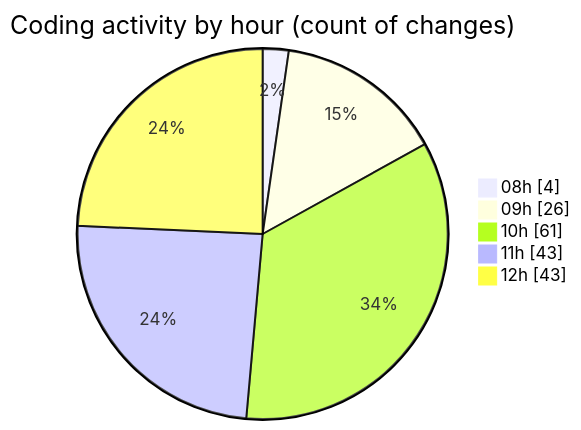
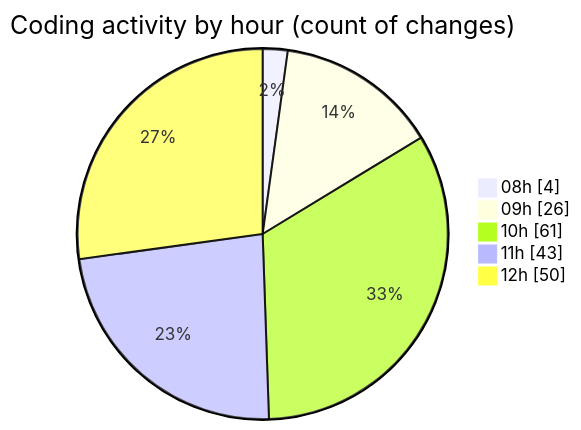
The second of 2 diagrams in 2026-02-19/bot_v1_2/README.md (becaeroporto-bot/code-tracking), drawn with Mermaid before and after one commit. The commit also changed other lines of this file and 1 other file, not shown here.

````diff
--- a/2026-02-19/bot_v1_2/README.md
+++ b/2026-02-19/bot_v1_2/README.md
@@ -37,9 +37,9 @@
 ```mermaid
 pie showData
 title Coding activity by hour (count of changes)
 "08h" : 4
 "09h" : 26
 "10h" : 61
 "11h" : 43
-"12h" : 43
+"12h" : 50
 ```
````
